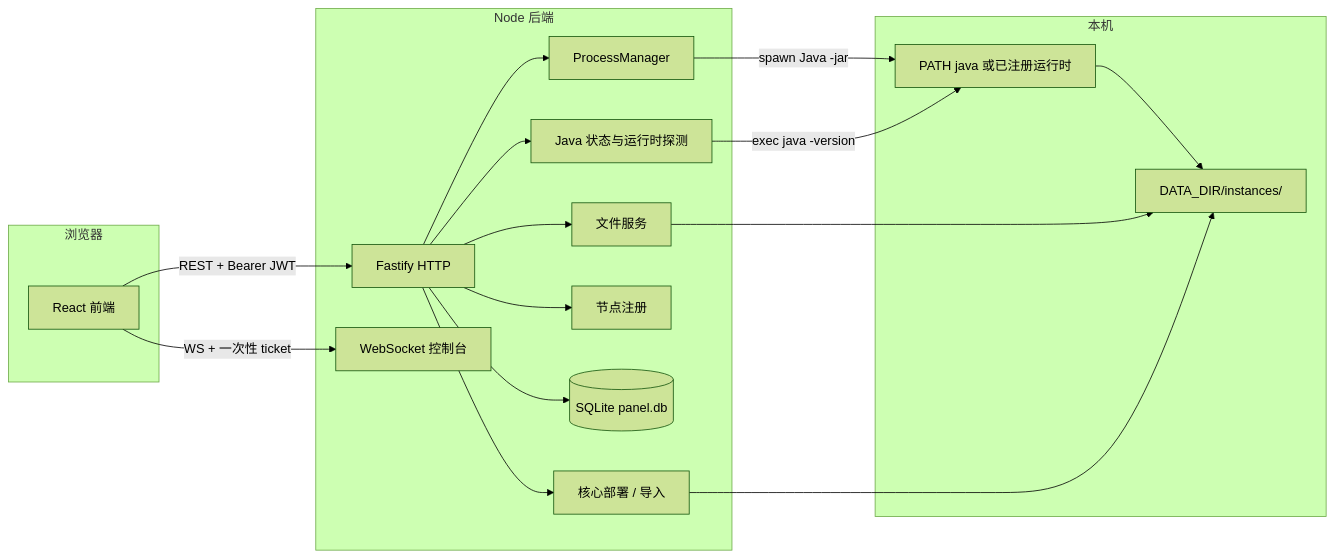
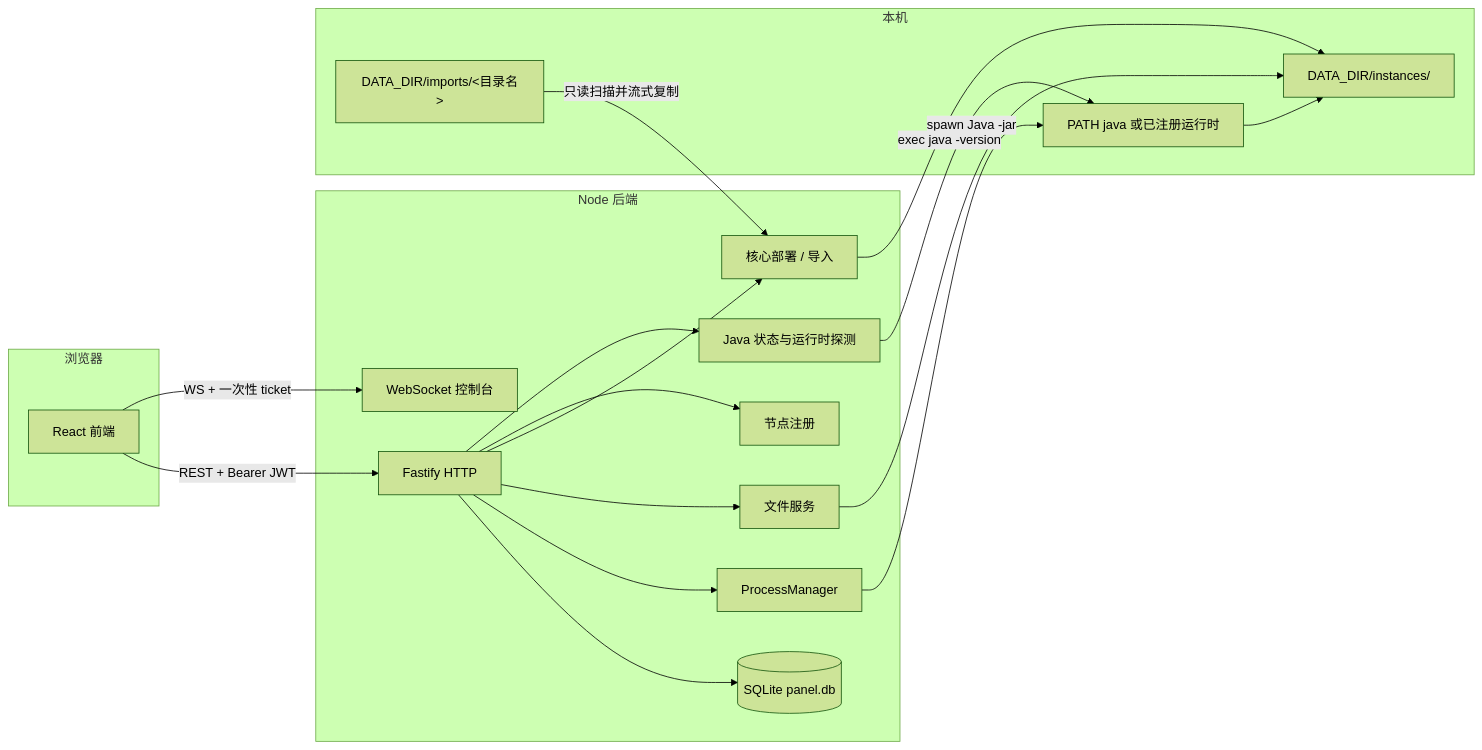
The diagram in docs/architecture.md (MystryWorks/mystry-dashboard), drawn with Mermaid (forest theme) before and after one commit. The commit also changed other lines of this file and 27 other files, not shown here.

````diff
--- a/docs/architecture.md
+++ b/docs/architecture.md
@@ -5,33 +5,35 @@
 ```mermaid
 flowchart LR
   subgraph client [浏览器]
     Web[React 前端]
   end
   subgraph server [Node 后端]
     Fastify[Fastify HTTP]
     WS[WebSocket 控制台]
     PM[ProcessManager]
     FS[文件服务]
     Core[核心部署 / 导入]
     Nodes[节点注册]
     DB[(SQLite panel.db)]
     JavaStatus[Java 状态与运行时探测]
   end
   subgraph host [本机]
     Java[PATH java 或已注册运行时]
     Dirs[DATA_DIR/instances/<id>]
+    Imports[DATA_DIR/imports/<目录名>]
   end
   Web -->|REST + Bearer JWT| Fastify
   Web -->|WS + 一次性 ticket| WS
   Fastify --> DB
   Fastify --> PM
   Fastify --> FS
   Fastify --> Core
   Fastify --> Nodes
   Fastify --> JavaStatus
   PM -->|spawn Java -jar| Java
   Java --> Dirs
   FS --> Dirs
   Core --> Dirs
+  Imports -->|只读扫描并流式复制| Core
   JavaStatus -->|exec java -version| Java
 ```
````
